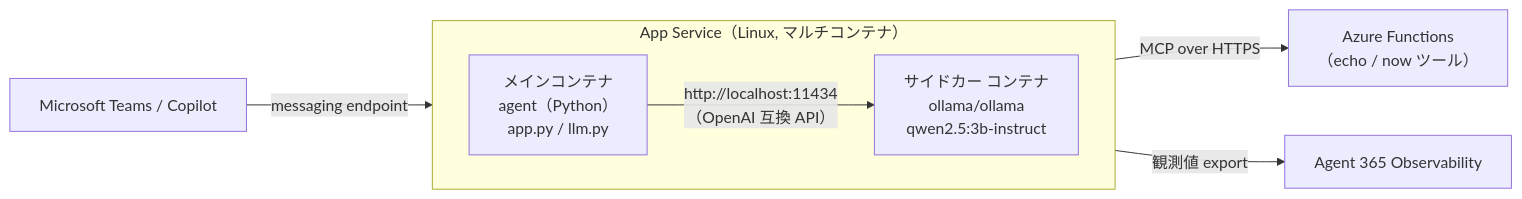
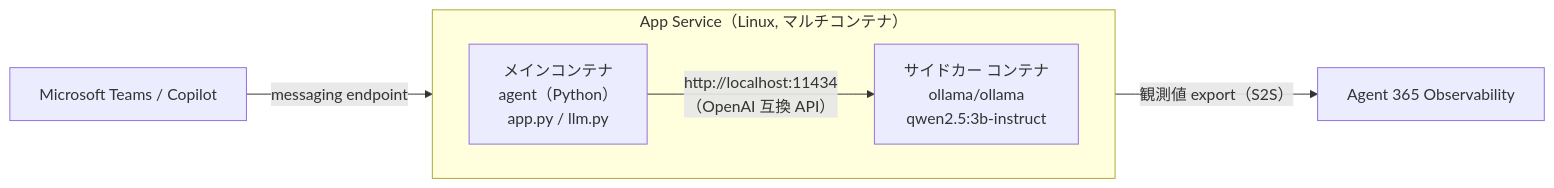
One commit to fatman3110/Agent365-Training changed the diagram in docs/part1b-custom-agent.md. Above: the diagram before and after it, drawn with Mermaid. The commit also changed other lines of this file and 23 other files, not shown here.

````diff
--- a/docs/part1b-custom-agent.md
+++ b/docs/part1b-custom-agent.md
@@ -186,14 +165,13 @@
 ```mermaid
 flowchart LR
     Teams["Microsoft Teams / Copilot"] -->|"messaging endpoint"| Agent
 
     subgraph AppSvc["App Service（Linux, マルチコンテナ）"]
         direction LR
-        Agent["メインコンテナ\nagent（Python）\napp.py / llm.py"]
-        Ollama["サイドカー コンテナ\nollama/ollama\nqwen2.5:3b-instruct"]
+        Agent["メインコンテナ<br/>agent（Python）<br/>app.py / llm.py"]
+        Ollama["サイドカー コンテナ<br/>ollama/ollama<br/>qwen2.5:3b-instruct"]
         Agent -->|"http://localhost:11434\n（OpenAI 互換 API）"| Ollama
     end
 
-    Agent -->|"MCP over HTTPS"| MCP["Azure Functions\n（echo / now ツール）"]
-    Agent -->|"観測値 export"| MAC["Agent 365 Observability"]
+    Agent -->|"観測値 export（S2S）"| MAC["Agent 365 Observability"]
 ```
````
